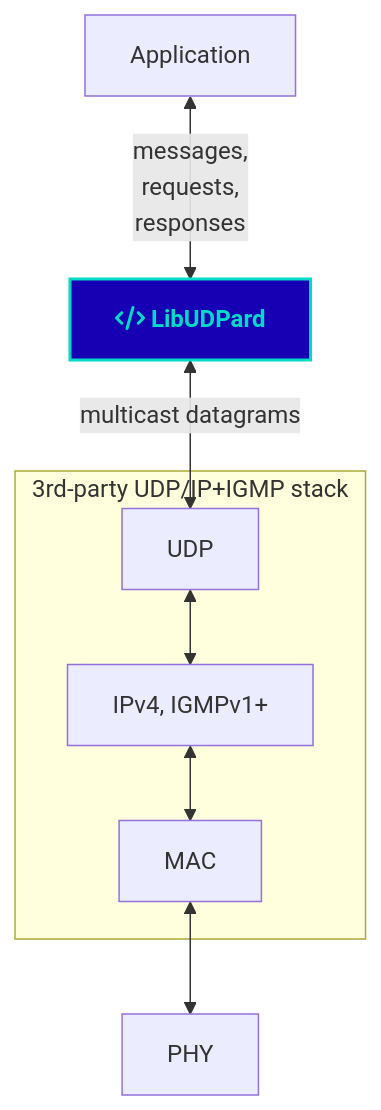
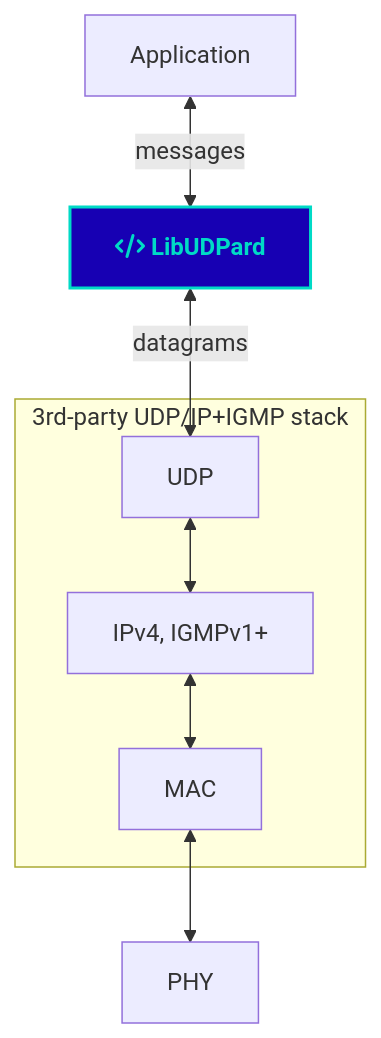
The diagram in README.md (OpenCyphal/libudpard), drawn with Mermaid before and after one commit. The commit also changed other lines of this file, not shown here.

````diff
--- a/README.md
+++ b/README.md
@@ -51,12 +43,12 @@
 ```mermaid
 %%{init: {"fontFamily": "Ubuntu Mono, monospace", "flowchart": {"curve": "basis"}}}%%
 flowchart TD
     classDef OpenCyphal color:#00DAC6,fill:#1700b3,stroke:#00DAC6,stroke-width:2px,font-weight:600
-    Application <-->|messages,\nrequests,\nresponses| LibUDPard[fa:fa-code LibUDPard]
+    Application <-->|messages| LibUDPard[fa:fa-code LibUDPard]
     class LibUDPard OpenCyphal
-    LibUDPard <-->|multicast datagrams| UDP
+    LibUDPard <-->|datagrams| UDP
     subgraph domain_udpip["3rd-party UDP/IP+IGMP stack"]
         UDP <--> IP["IPv4, IGMPv1+"] <--> MAC
     end
     MAC <--> PHY
 ```
````
